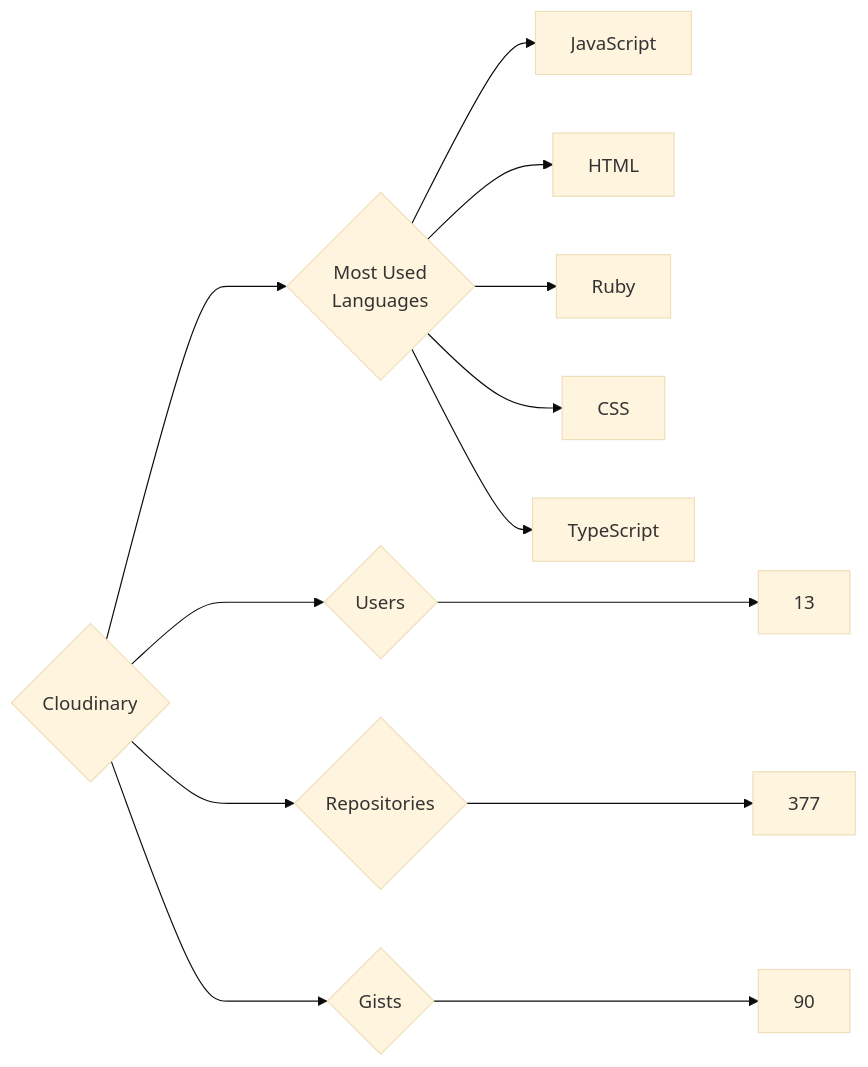
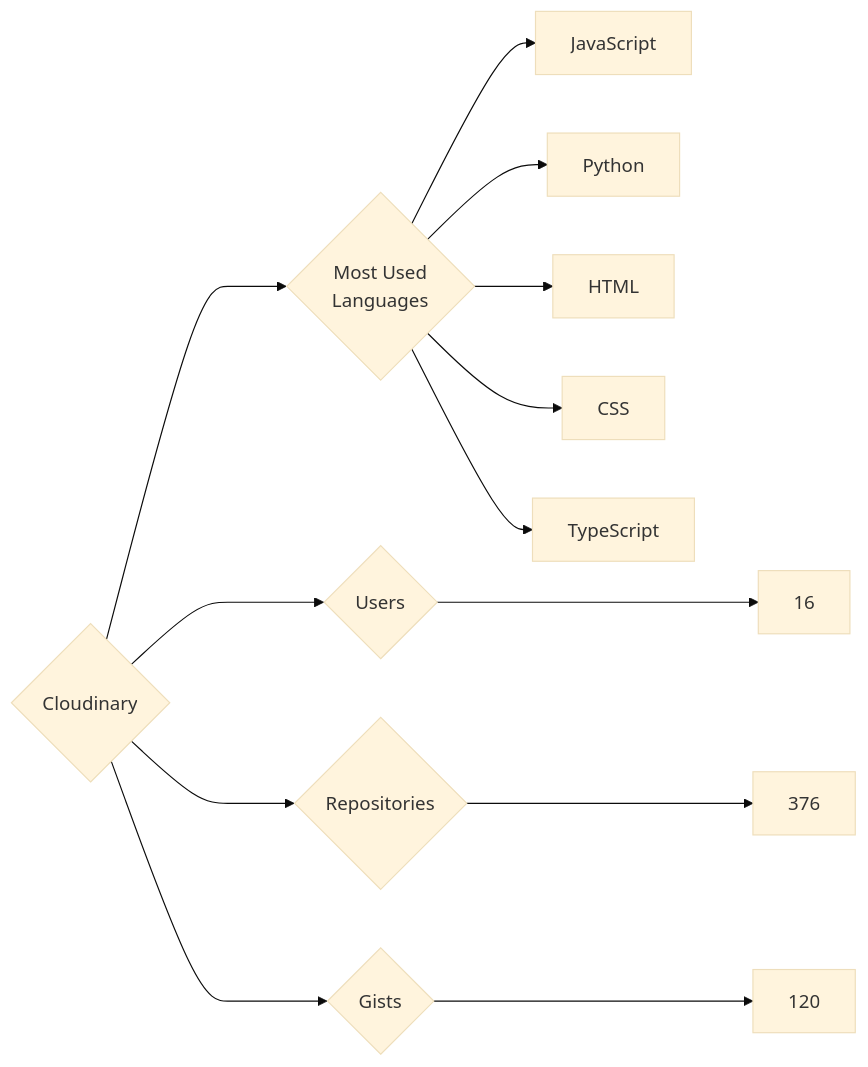
The diagram in targets/Cloudinary/README.md (trickest/insiders), drawn with Mermaid (base theme) before and after one commit. The commit also changed 1195 other files, not shown here.

````diff
--- a/targets/Cloudinary/README.md
+++ b/targets/Cloudinary/README.md
@@ -3,13 +3,13 @@
 ```mermaid
 graph LR
 COMPANY_NAME{Cloudinary}
-COMPANY_NAME ---> U{Users} ---> UN[13]
-COMPANY_NAME ---> R{Repositories} ---> RN[377]
-COMPANY_NAME ---> G{Gists} ---> GN[90]
+COMPANY_NAME ---> U{Users} ---> UN[16]
+COMPANY_NAME ---> R{Repositories} ---> RN[376]
+COMPANY_NAME ---> G{Gists} ---> GN[120]
 COMPANY_NAME ---> ML{Most Used<br>Languages}
 ML --> JavaScript[JavaScript]
+ML --> Python[Python]
 ML --> HTML[HTML]
-ML --> Ruby[Ruby]
 ML --> CSS[CSS]
 ML --> TypeScript[TypeScript]
 ```
````
